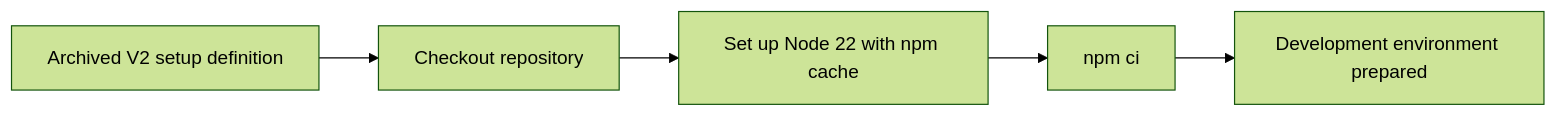
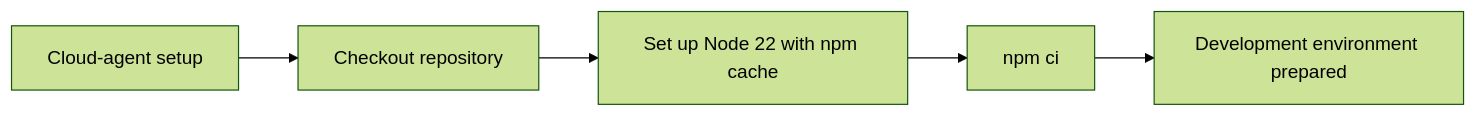
The fifth of 5 diagrams in docs/workflows.md (josema-muniz-plain/pomodoro-knight), drawn with Mermaid (forest theme) before and after one commit. The commit also changed other lines of this file and 27 other files, not shown here.

First line of the commit message:
docs: document V2 handoff and cloud agent lab

````diff
--- a/docs/workflows.md
+++ b/docs/workflows.md
@@ -295,7 +296,7 @@
 ```mermaid
 flowchart LR
-  Start[Archived V2 setup definition] --> Checkout[Checkout repository]
+  Start[Cloud-agent setup] --> Checkout[Checkout repository]
   Checkout --> Node[Set up Node 22 with npm cache]
   Node --> Install[npm ci]
   Install --> Ready[Development environment prepared]
 ```
````
